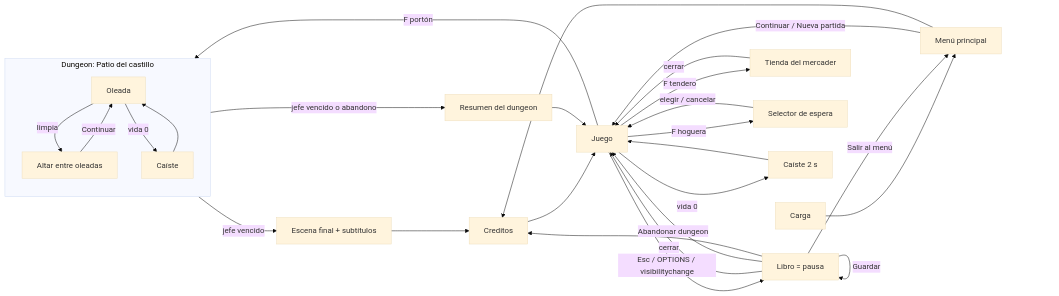
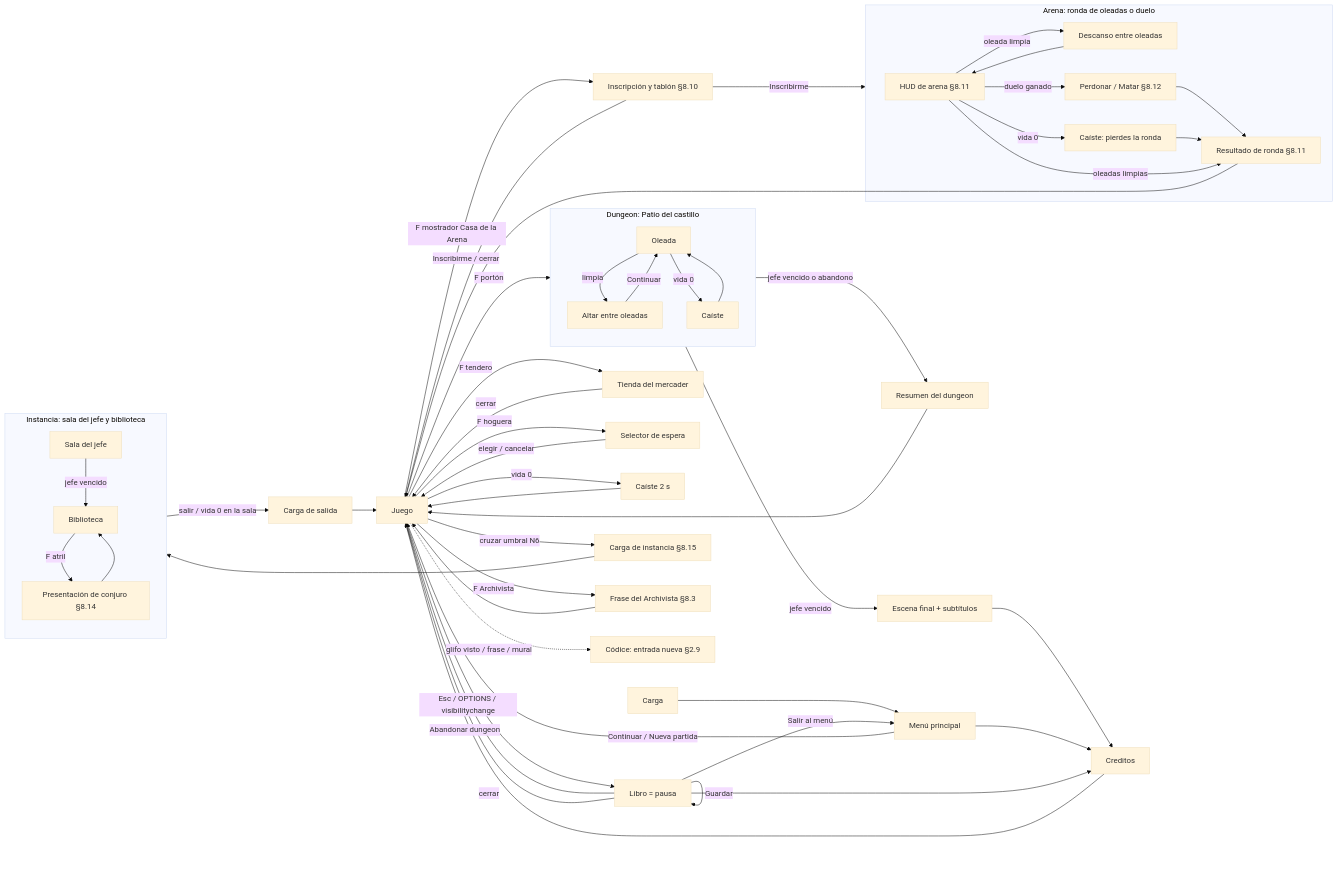
Before and after one commit to TiteXz/Proyect-Fenix: the diagram in docs/GUIA_UI.md, drawn with Mermaid (base theme). The commit also changed 1 other file, not shown here.

Commit message:
docs: sincronización de la Ciudad de la Roca en GDD, COMBATE, GUIA_VISUAL y GUIA_UI (en curso)
Claude-Session: https://claude.ai/code/session_01SV5CVSyyA9tJWYFty73E5o

````diff
--- a/docs/GUIA_UI.md
+++ b/docs/GUIA_UI.md
@@ -23,24 +23,42 @@
 ```mermaid
 flowchart LR
   Carga --> Menu[Menú principal]
   Menu -->|Continuar / Nueva partida| Juego
   Juego -->|Esc / OPTIONS / visibilitychange| Libro[Libro = pausa]
   Libro -->|cerrar| Juego
   Libro -->|Guardar| Libro
   Libro -->|Salir al menú| Menu
   Libro -->|Abandonar dungeon| Juego
   Juego -->|F tendero| Tienda[Tienda del mercader]
   Tienda -->|cerrar| Juego
   Juego -->|F hoguera| Descanso[Selector de espera]
   Descanso -->|elegir / cancelar| Juego
   Juego -->|vida 0| Caiste[Caíste 2 s] --> Juego
   Juego -->|F portón| Dungeon
   subgraph Dungeon [Dungeon: Patio del castillo]
     Oleada -->|limpia| Altar[Altar entre oleadas] -->|Continuar| Oleada
     Oleada -->|vida 0| Caiste2[Caíste] --> Oleada
   end
   Dungeon -->|jefe vencido| Final[Escena final + subtítulos] --> Creditos --> Juego
   Dungeon -->|jefe vencido o abandono| Resumen[Resumen del dungeon] --> Juego
   Menu --> Creditos
   Libro --> Creditos
+  Juego -->|F mostrador Casa de la Arena| Inscripcion[Inscripción y tablón §8.10]
+  Inscripcion -->|Inscribirme / cerrar| Juego
+  Inscripcion -->|Inscribirme| Arena
+  subgraph Arena [Arena: ronda de oleadas o duelo]
+    Ronda[HUD de arena §8.11] -->|oleada limpia| Descanso2[Descanso entre oleadas] --> Ronda
+    Ronda -->|duelo ganado| Eleccion[Perdonar / Matar §8.12] --> Cierre[Resultado de ronda §8.11]
+    Ronda -->|vida 0| Caiste3[Caíste: pierdes la ronda] --> Cierre
+    Ronda -->|oleadas limpias| Cierre
+  end
+  Cierre --> Juego
+  Juego -->|cruzar umbral N6| CargaSub[Carga de instancia §8.15] --> Subsuelo
+  subgraph Subsuelo [Instancia: sala del jefe y biblioteca]
+    SalaJefe[Sala del jefe] -->|jefe vencido| Biblioteca
+    Biblioteca -->|F atril| Presentacion[Presentación de conjuro §8.14] --> Biblioteca
+  end
+  Subsuelo -->|salir / vida 0 en la sala| CargaSub2[Carga de salida] --> Juego
+  Juego -->|F Archivista| Bocadillo[Frase del Archivista §8.3] --> Juego
+  Juego -.->|glifo visto / frase / mural| Codice[Códice: entrada nueva §2.9]
 ```
````
